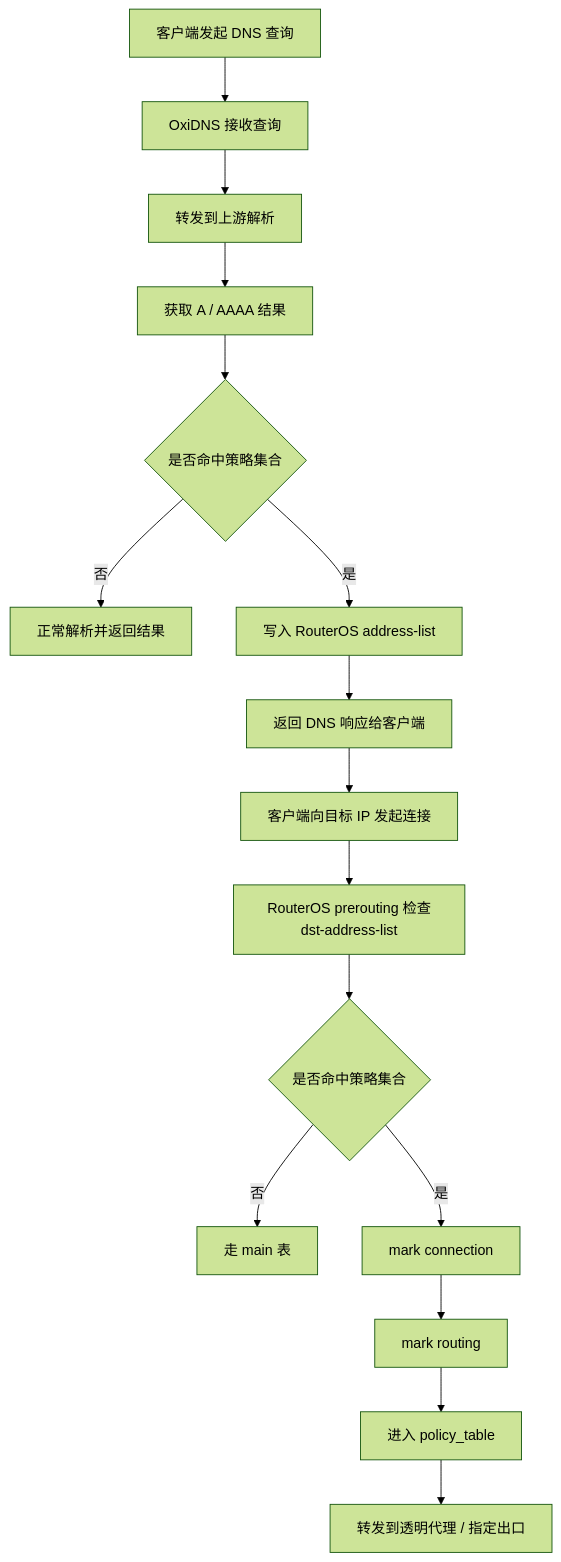
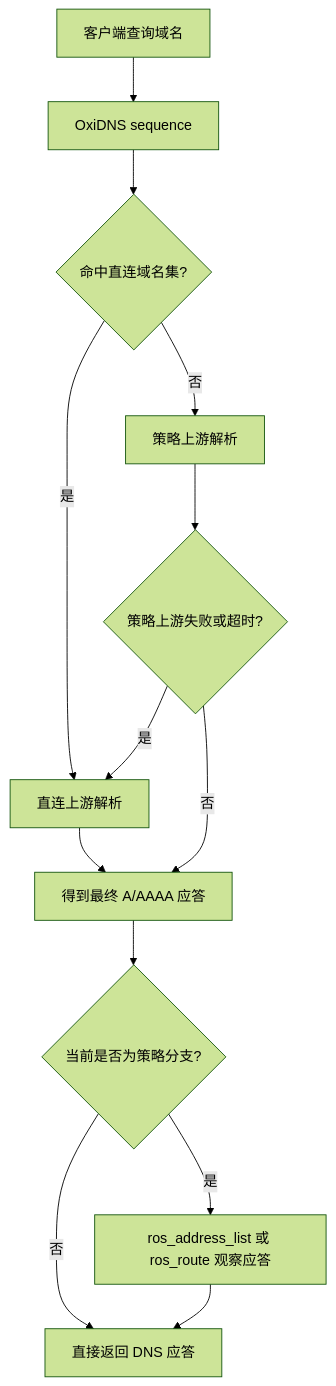
One commit to svenshi/oxidns-bypass changed the first of 3 diagrams in README.md. Above: the diagram before and after it, drawn with Mermaid (forest theme). The commit also changed other lines of this file and 19 other files, not shown here.

First line of the commit message:
Remove obsolete rule files and update OxiDNS configuration for RouterOS integration

````diff
--- a/README.md
+++ b/README.md
@@ -45,18 +63,15 @@
 ```mermaid
 flowchart TD
-    A[客户端发起 DNS 查询] --> B[OxiDNS 接收查询]
-    B --> C[转发到上游解析]
-    C --> D[获取 A / AAAA 结果]
-    D --> E{是否命中策略集合}
-    E -- 否 --> F[正常解析并返回结果]
-    E -- 是 --> G[写入 RouterOS address-list]
-    G --> I[返回 DNS 响应给客户端]
-    I --> J[客户端向目标 IP 发起连接]
-    J --> K[RouterOS prerouting 检查dst-address-list]
-    K --> L{是否命中策略集合}
-    L -- 否 --> M[走 main 表]
-    L -- 是 --> O[mark connection]
-    O --> P[mark routing]
-    P --> Q[进入 policy_table]
-    Q --> X[转发到透明代理 / 指定出口]
+    A[客户端查询域名] --> B[OxiDNS sequence]
+    B --> C{命中直连域名集?}
+    C -- 是 --> D[直连上游解析]
+    C -- 否 --> E[策略上游解析]
+    E --> F{策略上游失败或超时?}
+    F -- 是 --> D
+    F -- 否 --> G[得到最终 A/AAAA 应答]
+    D --> G
+    G --> H{当前是否为策略分支?}
+    H -- 否 --> I[直接返回 DNS 应答]
+    H -- 是 --> J[ros_address_list 或 ros_route 观察应答]
+    J --> I
 ```
````
